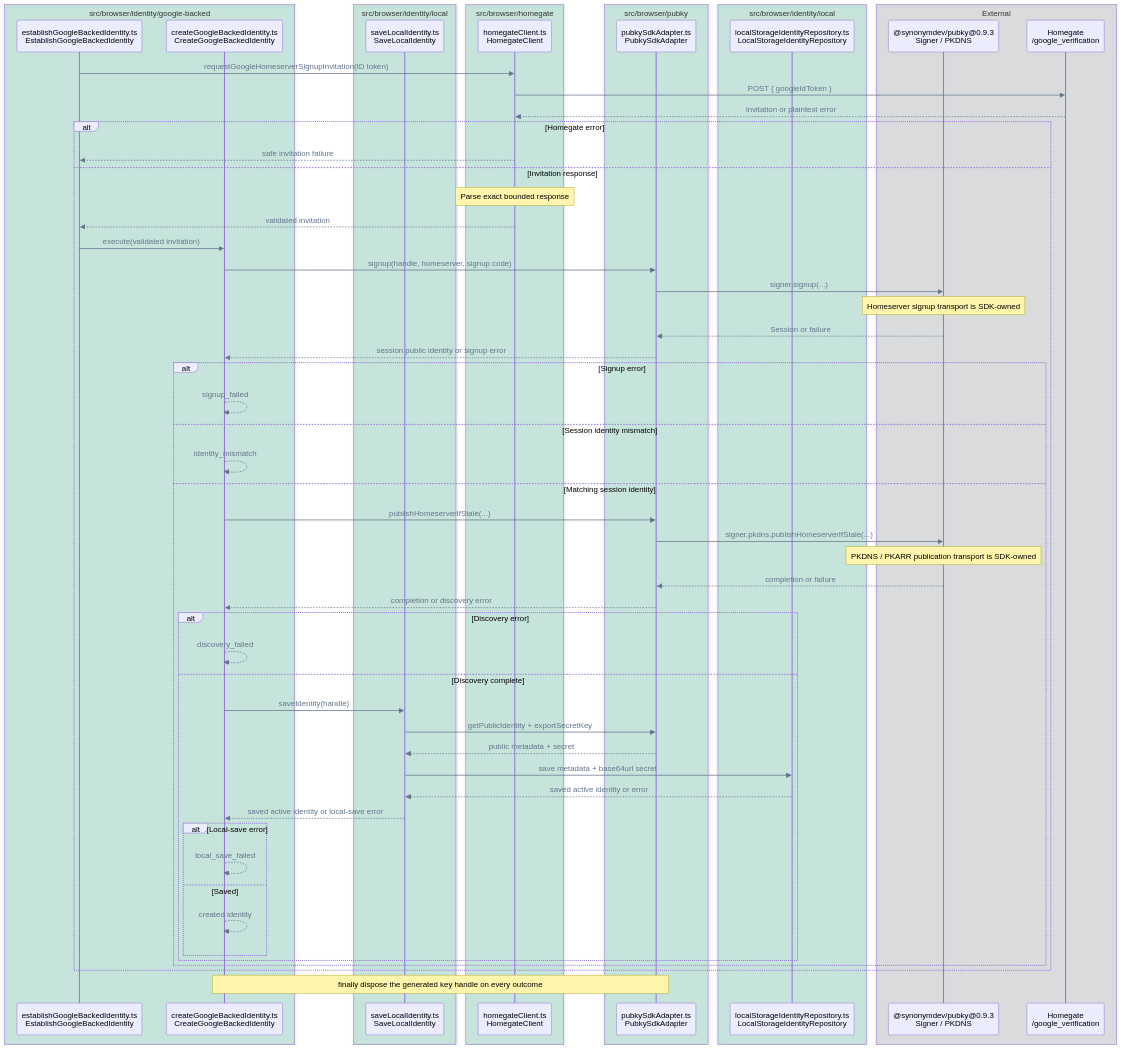
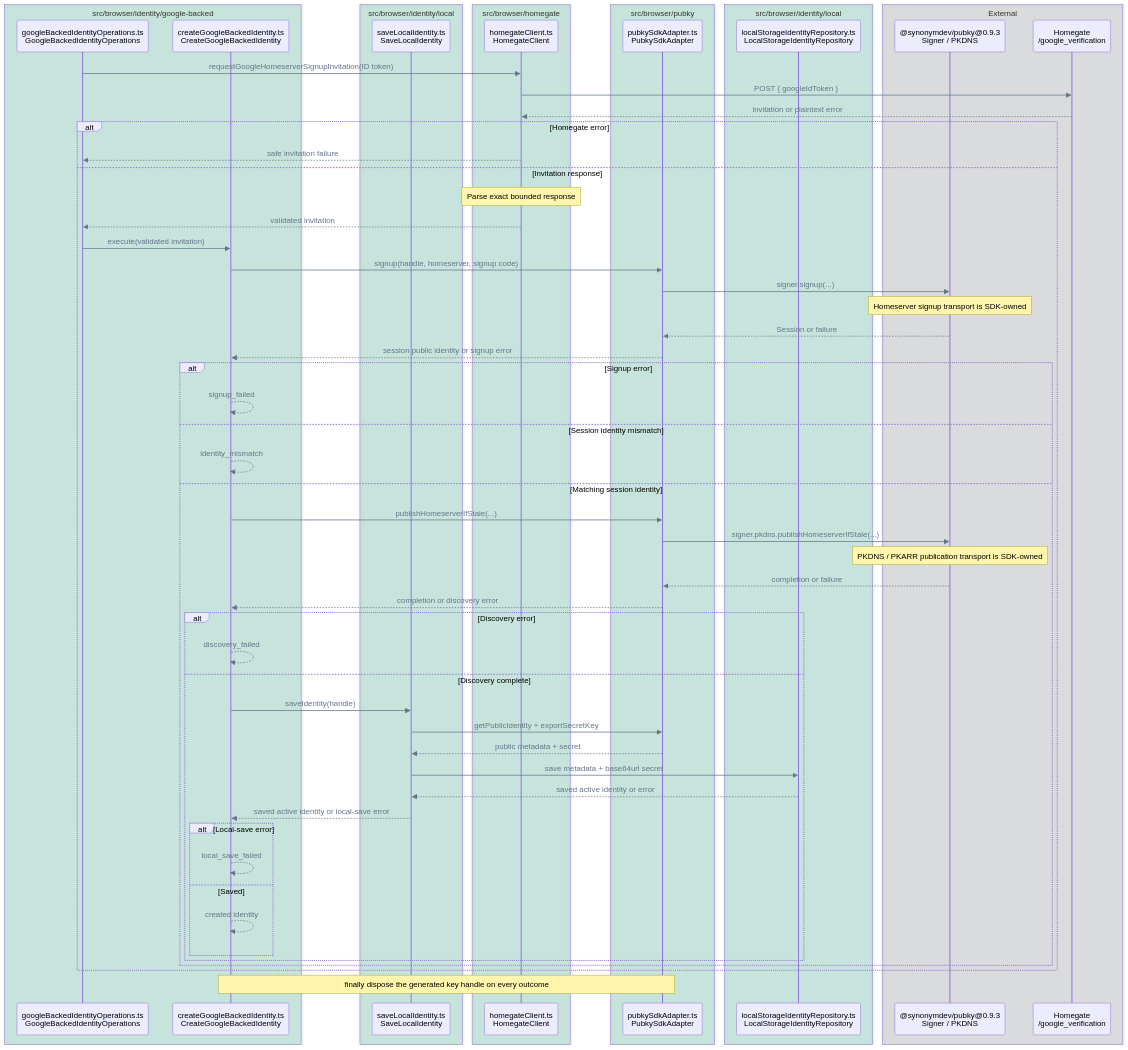
Diagram 11 of 14 in FLOWS.md (pubky/pubky-passport), drawn with Mermaid before and after one commit. The commit also changed other lines of this file and 10 other files, not shown here.

Commit message:
refactor: restructure Google-backed identity operations

````diff
--- a/FLOWS.md
+++ b/FLOWS.md
@@ -576,69 +570,69 @@
 ```mermaid
 %%{init: {"themeVariables": {"signalColor": "#64748B", "signalTextColor": "#64748B"}}}%%
 sequenceDiagram
     accTitle: Missing identity activation and local save call flow
-    accDescr: EstablishGoogleBackedIdentity requests a homeserver signup invitation, then CreateGoogleBackedIdentity signs up, verifies, publishes discovery, and saves in order; each failure stops later stages and the generated key handle is always disposed.
+    accDescr: GoogleBackedIdentityOperations requests a homeserver signup invitation, then CreateGoogleBackedIdentity signs up, verifies, publishes discovery, and saves in order; each failure stops later stages and the generated key handle is always disposed.
     box rgba(0, 158, 115, 0.18) src/browser/identity/google-backed
-        participant Establish as establishGoogleBackedIdentity.ts<br/>EstablishGoogleBackedIdentity
+        participant Operations as googleBackedIdentityOperations.ts<br/>GoogleBackedIdentityOperations
         participant Creator as createGoogleBackedIdentity.ts<br/>CreateGoogleBackedIdentity
     end
     box rgba(0, 158, 115, 0.18) src/browser/identity/local
         participant Local as saveLocalIdentity.ts<br/>SaveLocalIdentity
     end
     box rgba(0, 158, 115, 0.18) src/browser/homegate
         participant Invite as homegateClient.ts<br/>HomegateClient
     end
     box rgba(0, 158, 115, 0.18) src/browser/pubky
         participant Pubky as pubkySdkAdapter.ts<br/>PubkySdkAdapter
     end
     box rgba(0, 158, 115, 0.18) src/browser/identity/local
         participant Repo as localStorageIdentityRepository.ts<br/>LocalStorageIdentityRepository
     end
     box rgba(17, 24, 39, 0.12) External
         participant SDK as @synonymdev/pubky@0.9.3<br/>Signer / PKDNS
         participant Homegate as Homegate<br/>/google_verification
     end
 
-    Establish->>Invite: requestGoogleHomeserverSignupInvitation(ID token)
+    Operations->>Invite: requestGoogleHomeserverSignupInvitation(ID token)
     Invite->>Homegate: POST { googleIdToken }
     Homegate-->>Invite: invitation or plaintext error
     alt Homegate error
-        Invite-->>Establish: safe invitation failure
+        Invite-->>Operations: safe invitation failure
     else Invitation response
         Note over Invite: Parse exact bounded response
-        Invite-->>Establish: validated invitation
-        Establish->>Creator: execute(validated invitation)
+        Invite-->>Operations: validated invitation
+        Operations->>Creator: execute(validated invitation)
         Creator->>Pubky: signup(handle, homeserver, signup code)
         Pubky->>SDK: signer.signup(...)
         Note over SDK: Homeserver signup transport is SDK-owned
         SDK-->>Pubky: Session or failure
         Pubky-->>Creator: session public identity or signup error
         alt Signup error
             Creator-->>Creator: signup_failed
         else Session identity mismatch
             Creator-->>Creator: identity_mismatch
         else Matching session identity
             Creator->>Pubky: publishHomeserverIfStale(...)
             Pubky->>SDK: signer.pkdns.publishHomeserverIfStale(...)
             Note over SDK: PKDNS / PKARR publication transport is SDK-owned
             SDK-->>Pubky: completion or failure
             Pubky-->>Creator: completion or discovery error
             alt Discovery error
                 Creator-->>Creator: discovery_failed
             else Discovery complete
                 Creator->>Local: saveIdentity(handle)
                 Local->>Pubky: getPublicIdentity + exportSecretKey
                 Pubky-->>Local: public metadata + secret
                 Local->>Repo: save metadata + base64url secret
                 Repo-->>Local: saved active identity or error
                 Local-->>Creator: saved active identity or local-save error
                 alt Local-save error
                     Creator-->>Creator: local_save_failed
                 else Saved
                     Creator-->>Creator: created identity
                 end
             end
         end
     end
     Note over Creator,Pubky: finally dispose the generated key handle on every outcome
 ```
````
